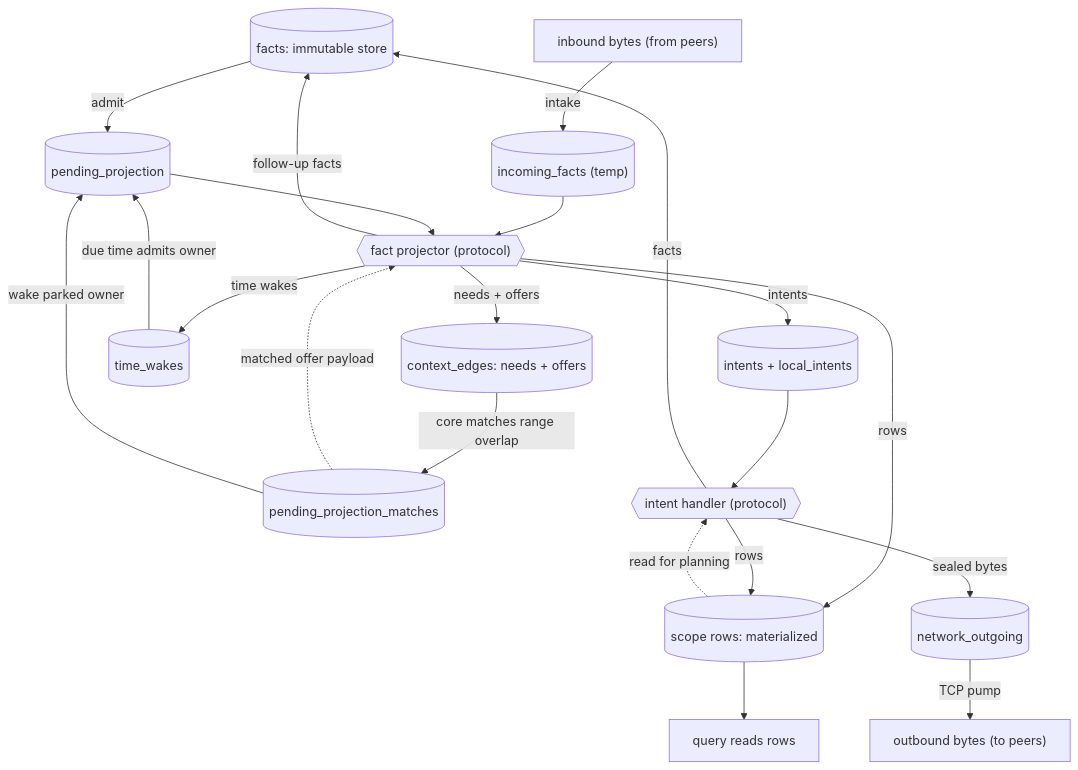
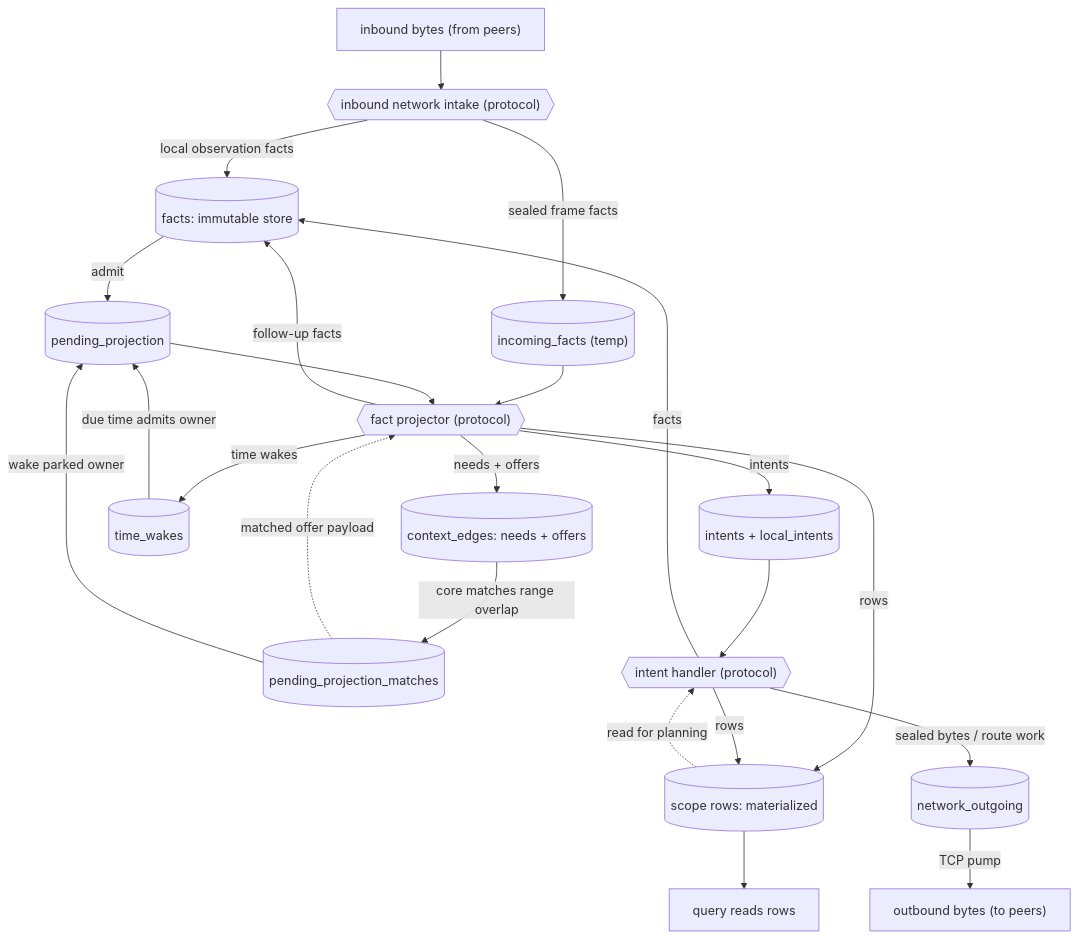
One commit to holmesworcester/poc-10 changed the first of 4 diagrams in ARCHITECTURE_DIAGRAMS.md. Above: the diagram before and after it, drawn with Mermaid. The commit also changed other lines of this file and 2 other files, not shown here.

Commit message:
Update runtime architecture diagrams

````diff
--- a/ARCHITECTURE_DIAGRAMS.md
+++ b/ARCHITECTURE_DIAGRAMS.md
@@ -60,43 +61,46 @@
 ```mermaid
 %%{init: {"flowchart": {"wrappingWidth": 300}} }%%
 flowchart TD
     FACTS[("facts: immutable store")]
     PENDING[("pending_projection")]
     NETIN["inbound bytes (from peers)"]
+    INTAKE{{"inbound network intake (protocol)"}}
     INCOMING[("incoming_facts (temp)")]
     PROJECTOR{{"fact projector (protocol)"}}
     CONTEXT[("context_edges: needs + offers")]
     MATCHES[("pending_projection_matches")]
     WAKES[("time_wakes")]
     INTENTS[("intents + local_intents")]
     HANDLER{{"intent handler (protocol)"}}
     OUT[("network_outgoing")]
     NETOUT["outbound bytes (to peers)"]
     ROWS[("scope rows: materialized")]
     QUERY["query reads rows"]
 
-    NETIN -->|intake| INCOMING
+    NETIN --> INTAKE
+    INTAKE -->|sealed frame facts| INCOMING
+    INTAKE -->|local observation facts| FACTS
     FACTS -->|admit| PENDING
     INCOMING --> PROJECTOR
     PENDING --> PROJECTOR
     MATCHES -.matched offer payload.-> PROJECTOR
 
     PROJECTOR -->|needs + offers| CONTEXT
     PROJECTOR -->|time wakes| WAKES
     PROJECTOR -->|intents| INTENTS
     PROJECTOR -->|follow-up facts| FACTS
     PROJECTOR -->|rows| ROWS
 
     CONTEXT -->|core matches range overlap| MATCHES
     MATCHES -->|wake parked owner| PENDING
     WAKES -->|due time admits owner| PENDING
 
     INTENTS --> HANDLER
     HANDLER -->|facts| FACTS
     HANDLER -->|rows| ROWS
-    HANDLER -->|sealed bytes| OUT
+    HANDLER -->|sealed bytes / route work| OUT
 
     OUT -->|TCP pump| NETOUT
     ROWS --> QUERY
     ROWS -.read for planning.-> HANDLER
 ```
````
